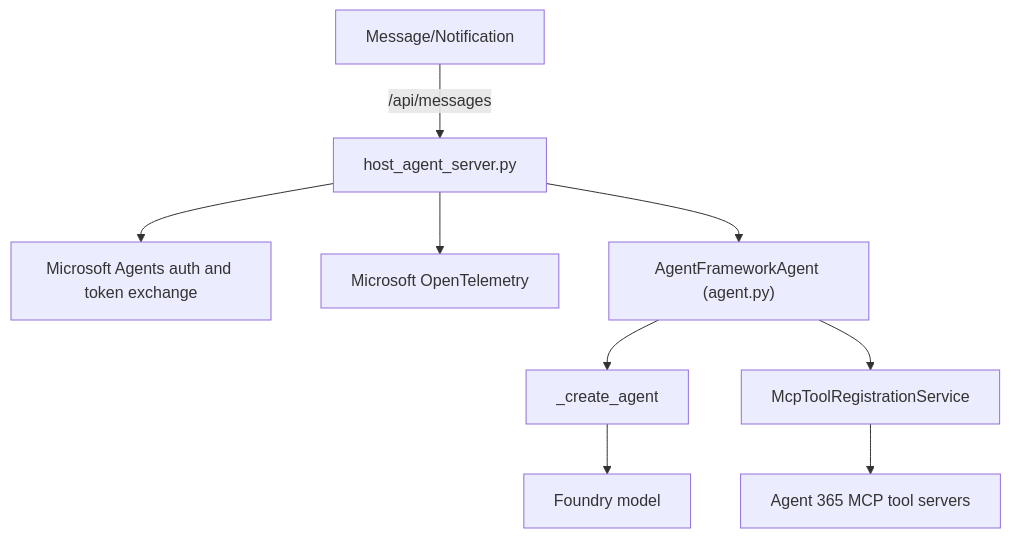
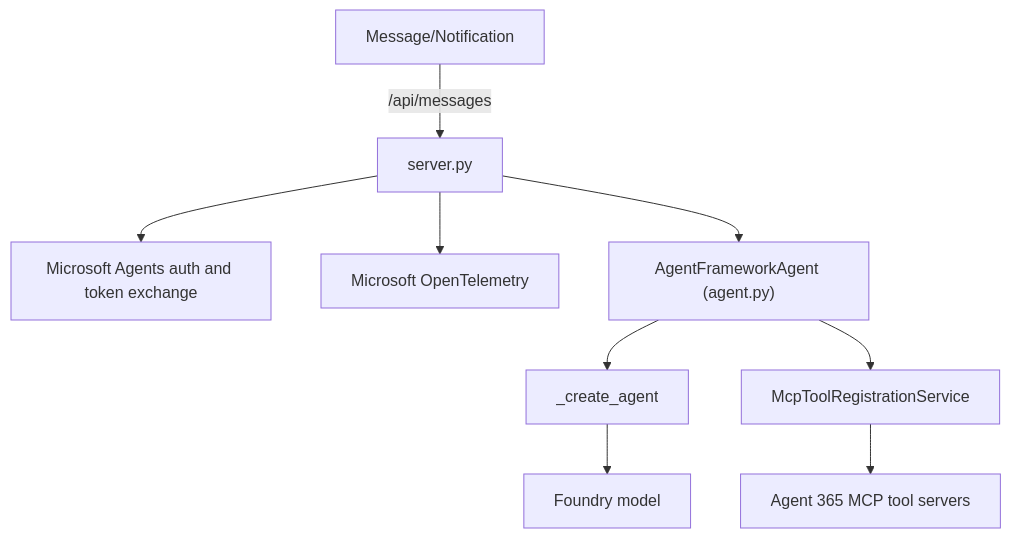
The first of 4 diagrams in agent-365/samples/agent-framework/README.md (joetanx/mslab), drawn with Mermaid before and after one commit. The commit also changed other lines of this file and 11 other files, not shown here.

````diff
--- a/agent-365/samples/agent-framework/README.md
+++ b/agent-365/samples/agent-framework/README.md
@@ -12,11 +12,11 @@
 ```mermaid
 flowchart TD
-    User[Message/Notification] -->|/api/messages| Host[host_agent_server.py]
+    User[Message/Notification] -->|/api/messages| Host[server.py]
     Host --> Auth[Microsoft Agents auth and token exchange]
     Host --> Obs[Microsoft OpenTelemetry]
     Host --> Agent["AgentFrameworkAgent (agent.py)"]
     Agent --> AF[_create_agent]
     AF --> Foundry[Foundry model]
     Agent --> MCP[McpToolRegistrationService]
     MCP --> Tools[Agent 365 MCP tool servers]
 ```
````
